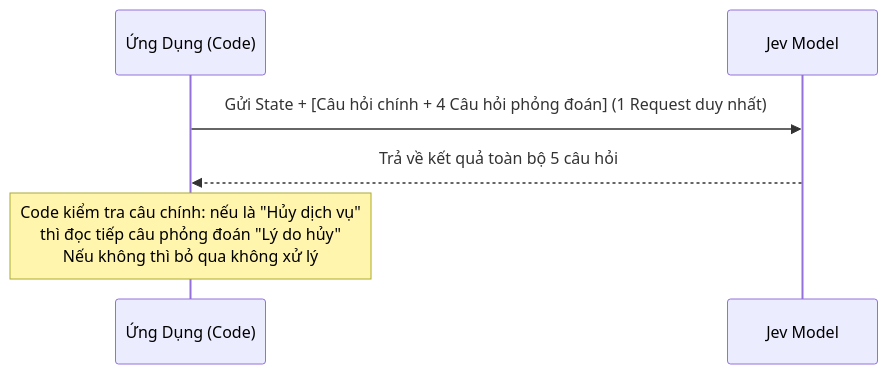
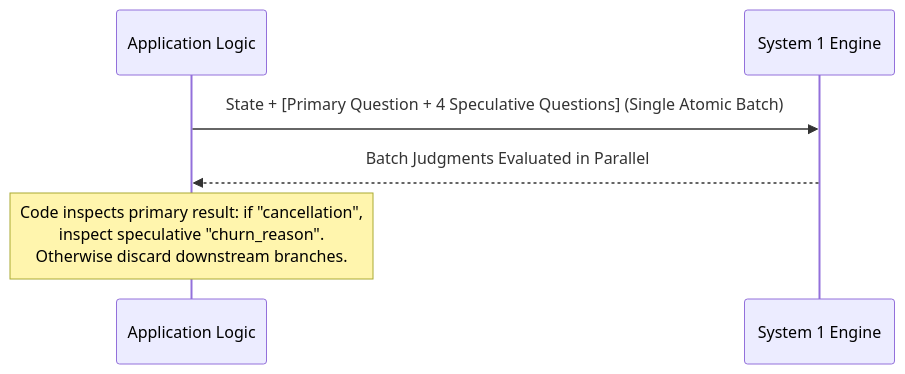
Before and after one commit to jangtrinh/design-os-system-one: the diagram in docs/08-architectural-patterns.md, drawn with Mermaid. The commit also changed other lines of this file and 261 other files, not shown here.

````diff
--- a/docs/08-architectural-patterns.md
+++ b/docs/08-architectural-patterns.md
@@ -15,9 +15,9 @@
 ```mermaid
 sequenceDiagram
-    participant App as Ứng Dụng (Code)
-    participant Jev as Jev Model
+    participant App as Application Logic
+    participant Jev as System 1 Engine
     
-    App->>Jev: Gửi State + [Câu hỏi chính + 4 Câu hỏi phỏng đoán] (1 Request duy nhất)
-    Jev-->>App: Trả về kết quả toàn bộ 5 câu hỏi
-    Note over App: Code kiểm tra câu chính: nếu là "Hủy dịch vụ"<br/>thì đọc tiếp câu phỏng đoán "Lý do hủy"<br/>Nếu không thì bỏ qua không xử lý
+    App->>Jev: State + [Primary Question + 4 Speculative Questions] (Single Atomic Batch)
+    Jev-->>App: Batch Judgments Evaluated in Parallel
+    Note over App: Code inspects primary result: if "cancellation",<br/>inspect speculative "churn_reason".<br/>Otherwise discard downstream branches.
 ```
````
